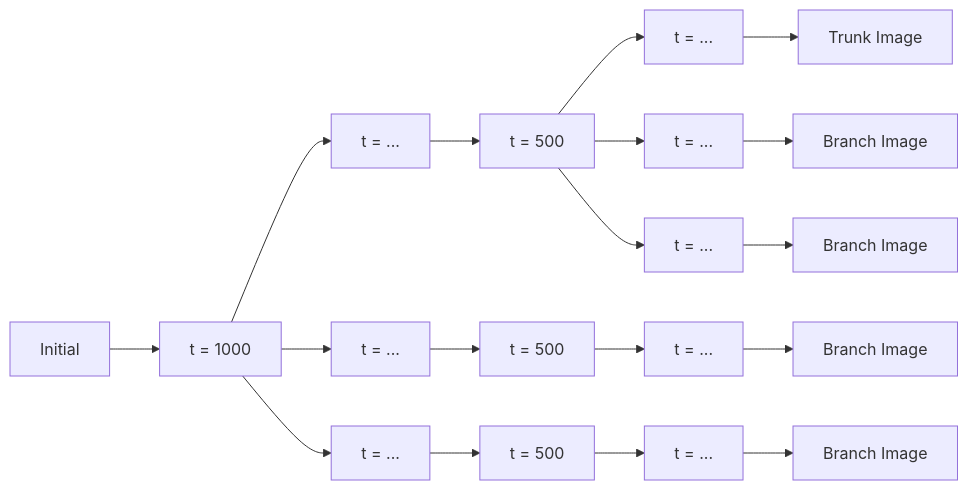
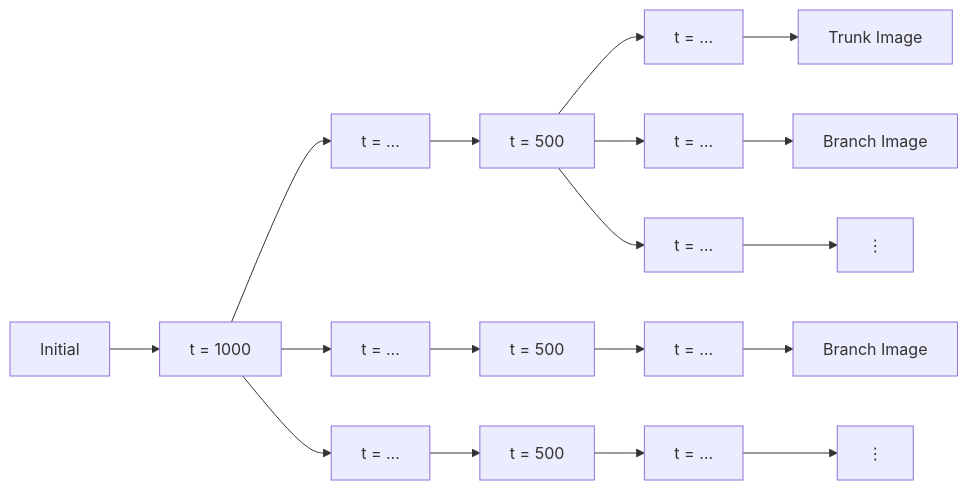
The diagram in README.md (bsilverthorn/diffusion-grid-app), drawn with Mermaid before and after one commit. The commit also changed other lines of this file, not shown here.

Commit message:
README: text tweak, diagram ellipses.

````diff
--- a/README.md
+++ b/README.md
@@ -35,20 +35,20 @@
 ```mermaid
   graph LR;
       S[Initial] --> T0i[t = 1000]
-      T0i --> E0i[t = ...]
+      T0i --> E0i["t = …"]
       E0i --> T0j[t = 500]
-      T0j --> E0j[t = ...]
+      T0j --> E0j["t = …"]
       E0j --> I0[Trunk Image]
-      T0j --> E1j[t = ...]
+      T0j --> E1j["t = …"]
       E1j --> I1[Branch Image]
-      T0j --> E2j[t = ...]
-      E2j --> I2[Branch Image]
-      T0i --> E3i[t = ...]
+      T0j --> E2j["t = …"]
+      E2j --> I2["⋮"]
+      T0i --> E3i["t = …"]
       E3i --> T3j[t = 500]
-      T3j --> E3j[t = ...]
+      T3j --> E3j["t = …"]
       E3j --> I3[Branch Image]
-      T0i --> E4i[t = ...]
+      T0i --> E4i["t = …"]
       E4i --> T4j[t = 500]
-      T4j --> E4j[t = ...]
-      E4j --> I4[Branch Image]
+      T4j --> E4j["t = …"]
+      E4j --> I4["⋮"]
 ```
````
